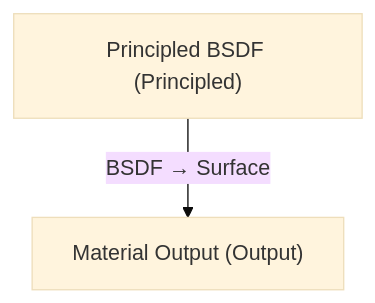
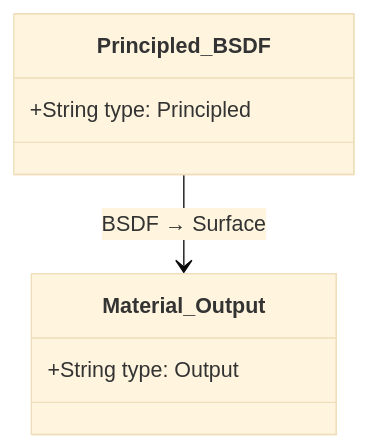
Before and after one commit to fiord/blender-nodes-to-mermaid: the second of 4 diagrams in README_ja.md, drawn with Mermaid (base theme). The commit also changed other lines of this file and 2 other files, not shown here.

Commit message:
feat: Remove flowchart format, keep only class diagram (v1.3.0)

````diff
--- a/README_ja.md
+++ b/README_ja.md
@@ -108,6 +102,10 @@
 ```mermaid
-graph TD;
-    Principled_BSDF["Principled BSDF (Principled)"]
-    Material_Output["Material Output (Output)"]
-    Principled_BSDF -->|BSDF → Surface| Material_Output
+classDiagram
+class Principled_BSDF{
+    +String type: Principled
+}
+class Material_Output{
+    +String type: Output
+}
+Principled_BSDF --> Material_Output : BSDF → Surface
 ```
````
